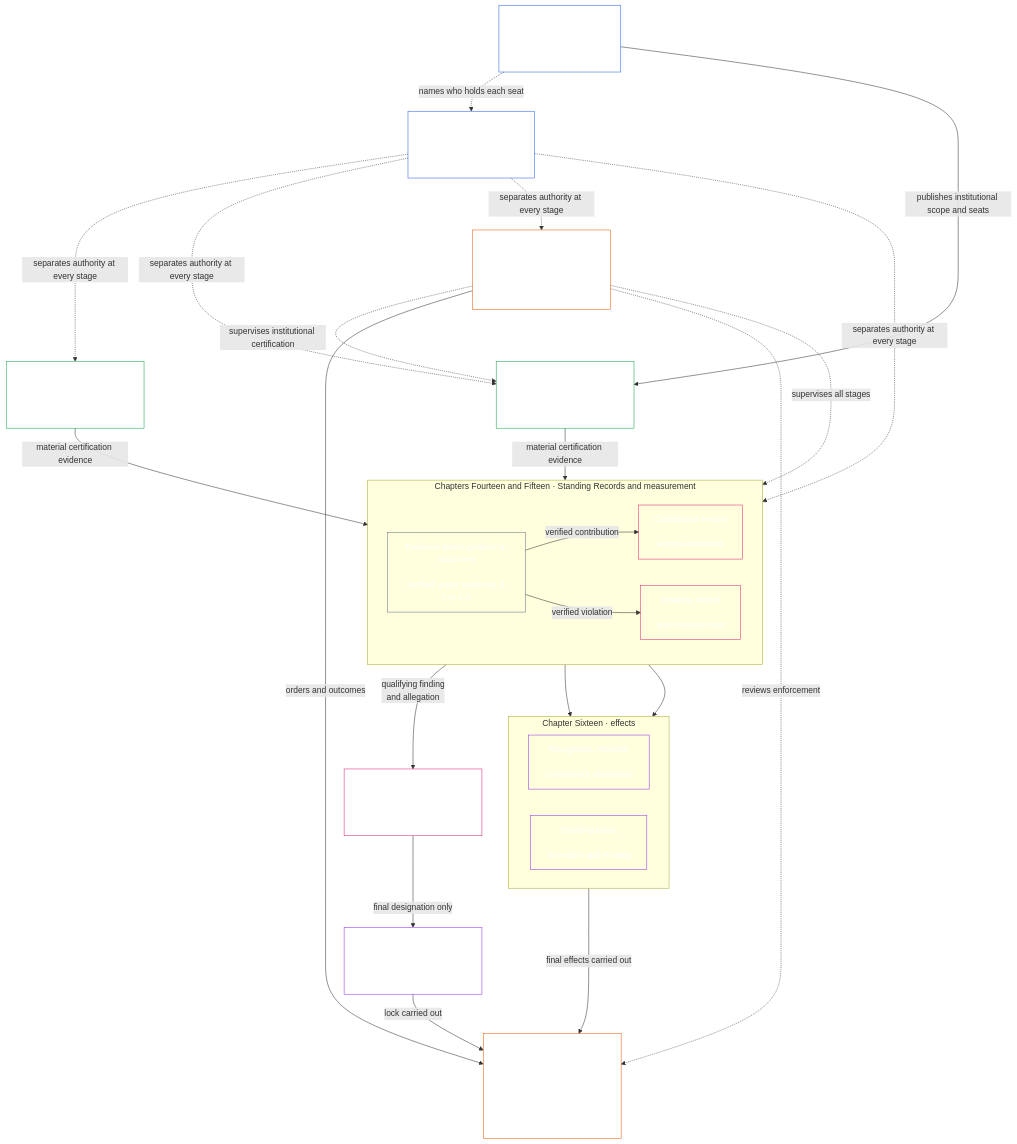
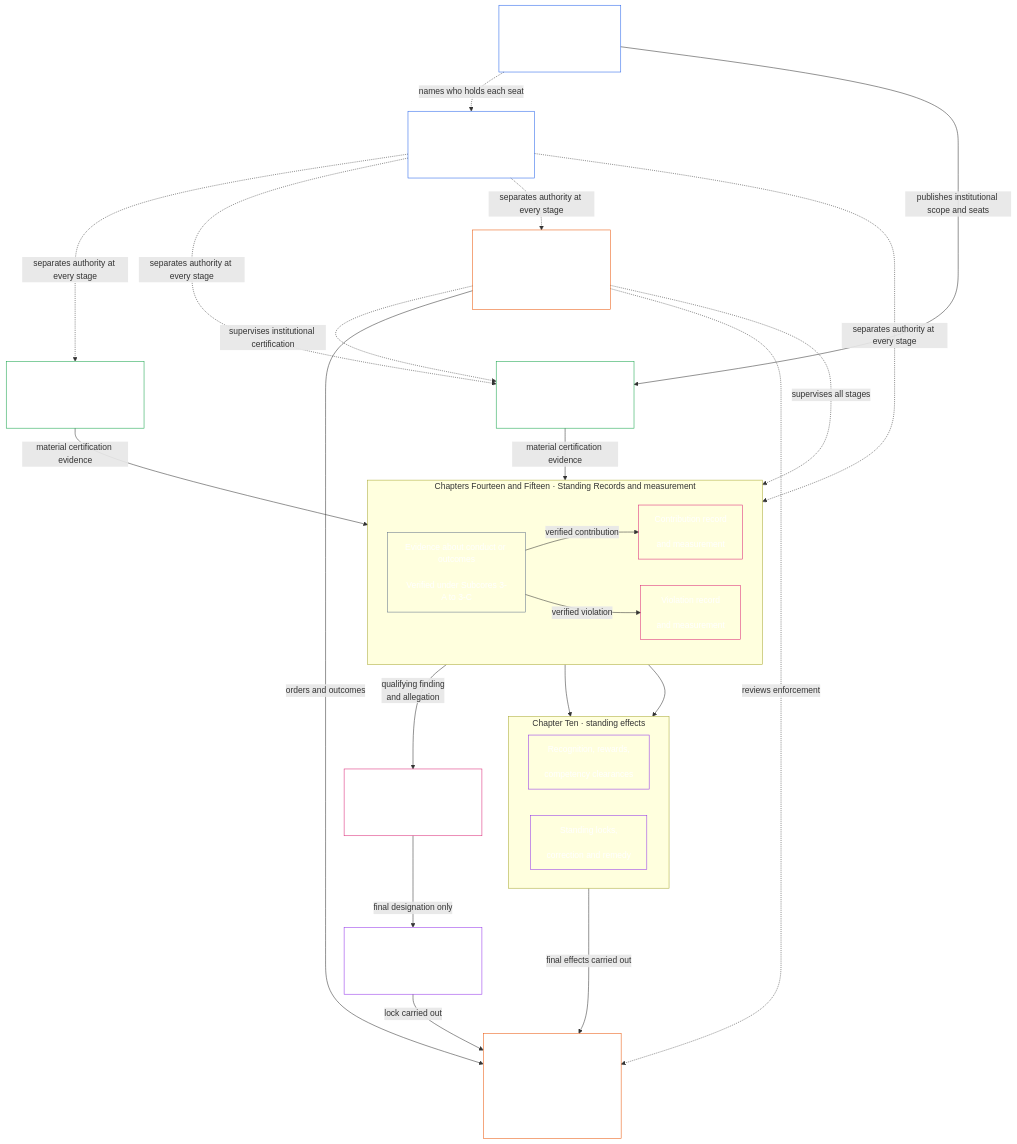
One commit to kfoelsch/Sentient_Constitution changed the second of 2 diagrams in core_01.000_constitutional_map.md. Above: the diagram before and after it, drawn with Mermaid. The commit also changed other lines of this file and 493 other files, not shown here.

````diff
--- a/core_01.000_constitutional_map.md
+++ b/core_01.000_constitutional_map.md
@@ -298,55 +298,55 @@
 ```mermaid
 flowchart TB
     H["Chapter Five<br/><br/>System and Institutional<br/>Charters"]
     D["Chapter Six<br/><br/>Functional independence<br/>and separation of duties"]
     S["Chapter Eight<br/><br/>System alignment certification"]
     I["Chapter Eleven<br/><br/>Institutional alignment certification"]
     subgraph Q["Chapters Fourteen and Fifteen · Standing Records and measurement"]
         direction LR
         E["Evidence about conduct or outcomes<br/><br/>Verified under Subcores 3-A to 3-C"]
         C["Contribution record<br/><br/>and measurement"]
         V["Violation record<br/><br/>and measurement"]
     end
-    subgraph N["Chapter Sixteen · effects"]
+    subgraph N["Chapter Ten · standing effects"]
         direction LR
         U["Recognition, rewards,<br/><br/>competency clearances"]
         R["Standing locks,<br/><br/>correction and remedy"]
     end
     M["Chapter Twenty<br/><br/>Anti-constitutional misconduct review"]
-    L["Chapter Sixteen<br/><br/>Anti-Constitutional Trust Lock"]
+    L["Chapter Ten<br/><br/>Anti-Constitutional Trust Lock"]
     F["Chapters Twenty-Two and Twenty-Three forums<br/><br/>Supervision, challenge and timely review"]
     X["Chapters Twenty-Five and Twenty-Six<br/><br/>Enforcement: carrying out outcomes,<br/>special enforcement within limits"]
     H -.->|names who holds each seat| D
     H -->|publishes institutional scope and seats| I
     D -.->|separates authority at every stage| S
     D -.->|separates authority at every stage| I
     D -.->|separates authority at every stage| E
     D -.->|separates authority at every stage| F
     C --> U
     V --> R
     M -->|final designation only| L
     V -->|qualifying finding<br/>and allegation| M
     S -->|material certification evidence| E
     I -->|material certification evidence| E
     E -->|verified contribution| C
     E -->|verified violation| V
     F -.->|supervises all stages| E
     F -.->|supervises institutional certification| I
     R -->|final effects carried out| X
     L -->|lock carried out| X
     F -->|orders and outcomes| X
     F -.->|reviews enforcement| X
     style H fill:none,stroke:#2563eb,color:#ffffff
     style D fill:none,stroke:#2563eb,color:#ffffff
     style S fill:none,stroke:#16a34a,color:#ffffff
     style I fill:none,stroke:#16a34a,color:#ffffff
     style E fill:none,stroke:#64748b,color:#ffffff
     style C fill:none,stroke:#db2777,color:#ffffff
     style V fill:none,stroke:#db2777,color:#ffffff
     style U fill:none,stroke:#9333ea,color:#ffffff
     style R fill:none,stroke:#9333ea,color:#ffffff
     style M fill:none,stroke:#db2777,color:#ffffff
     style L fill:none,stroke:#9333ea,color:#ffffff
     style F fill:none,stroke:#ea580c,color:#ffffff
     style X fill:none,stroke:#ea580c,color:#ffffff
 ```
````
